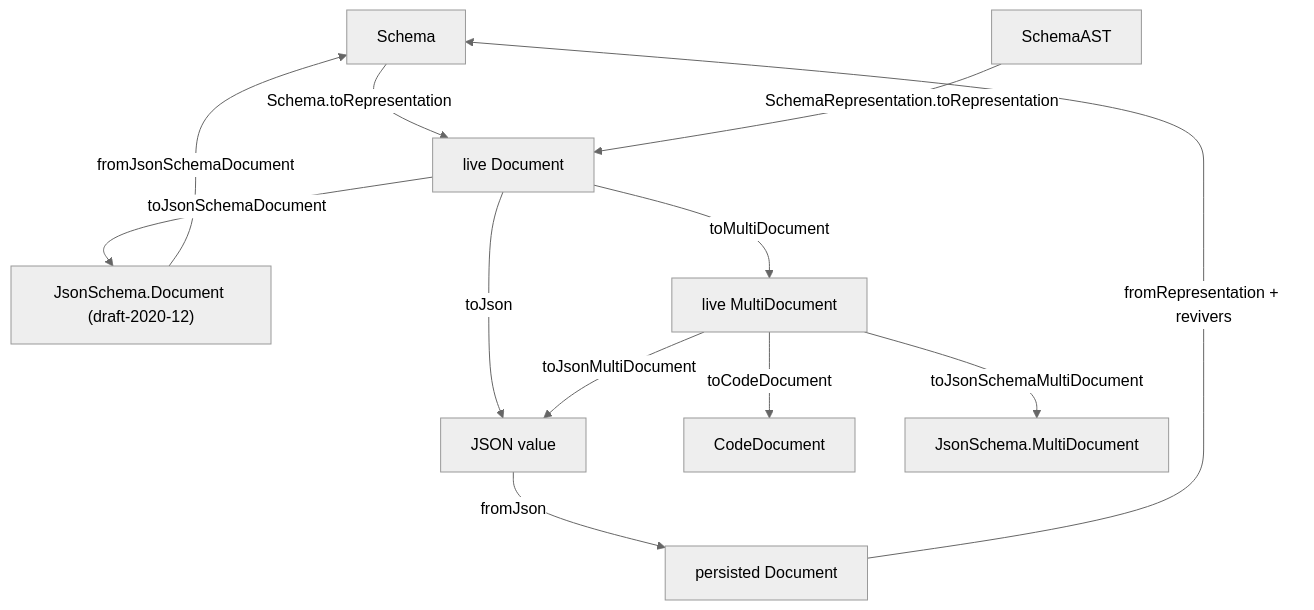
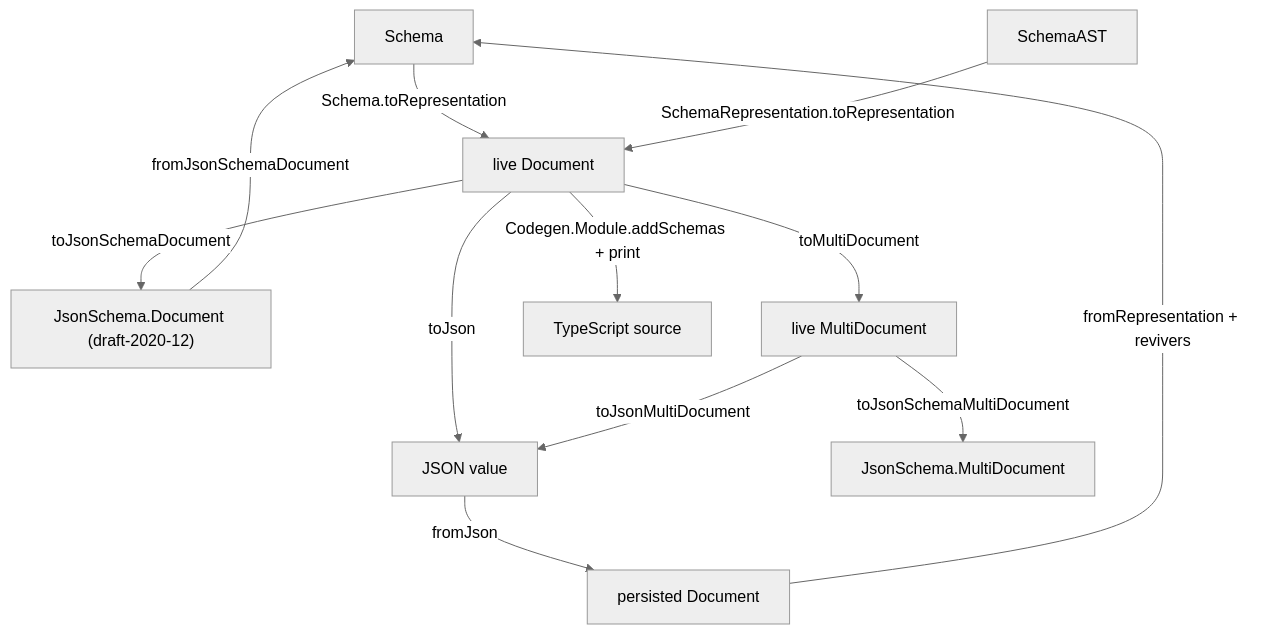
The diagram in plugin/builds/claude/skills/effect-v4-schema/references/12-schema-representation.md (spencerbeggs/effected), drawn with Mermaid (neutral theme) before and after one commit. The commit also changed other lines of this file and 114 other files, not shown here.

````diff
--- a/plugin/builds/claude/skills/effect-v4-schema/references/12-schema-representation.md
+++ b/plugin/builds/claude/skills/effect-v4-schema/references/12-schema-representation.md
@@ -57,14 +57,14 @@
 ```mermaid
 flowchart TD
     S[Schema] -->|Schema.toRepresentation|LD["live Document"]
     AST[SchemaAST] -->|SchemaRepresentation.toRepresentation|LD
     LD -->|toJson|JSON["JSON value"]
     JSON -->|fromJson|PD["persisted Document"]
     PD -->|"fromRepresentation + revivers"|S
     LD -->|toJsonSchemaDocument|JD["JsonSchema.Document (draft-2020-12)"]
     JD -->|fromJsonSchemaDocument|S
     LD -->|toMultiDocument|LMD["live MultiDocument"]
-    LMD -->|toCodeDocument|CodeDocument
+    LD -->|"Codegen.Module.addSchemas + print"|SRC["TypeScript source"]
     LMD -->|toJsonSchemaMultiDocument|JMD[JsonSchema.MultiDocument]
     LMD -->|toJsonMultiDocument|JSON
 ```
````
